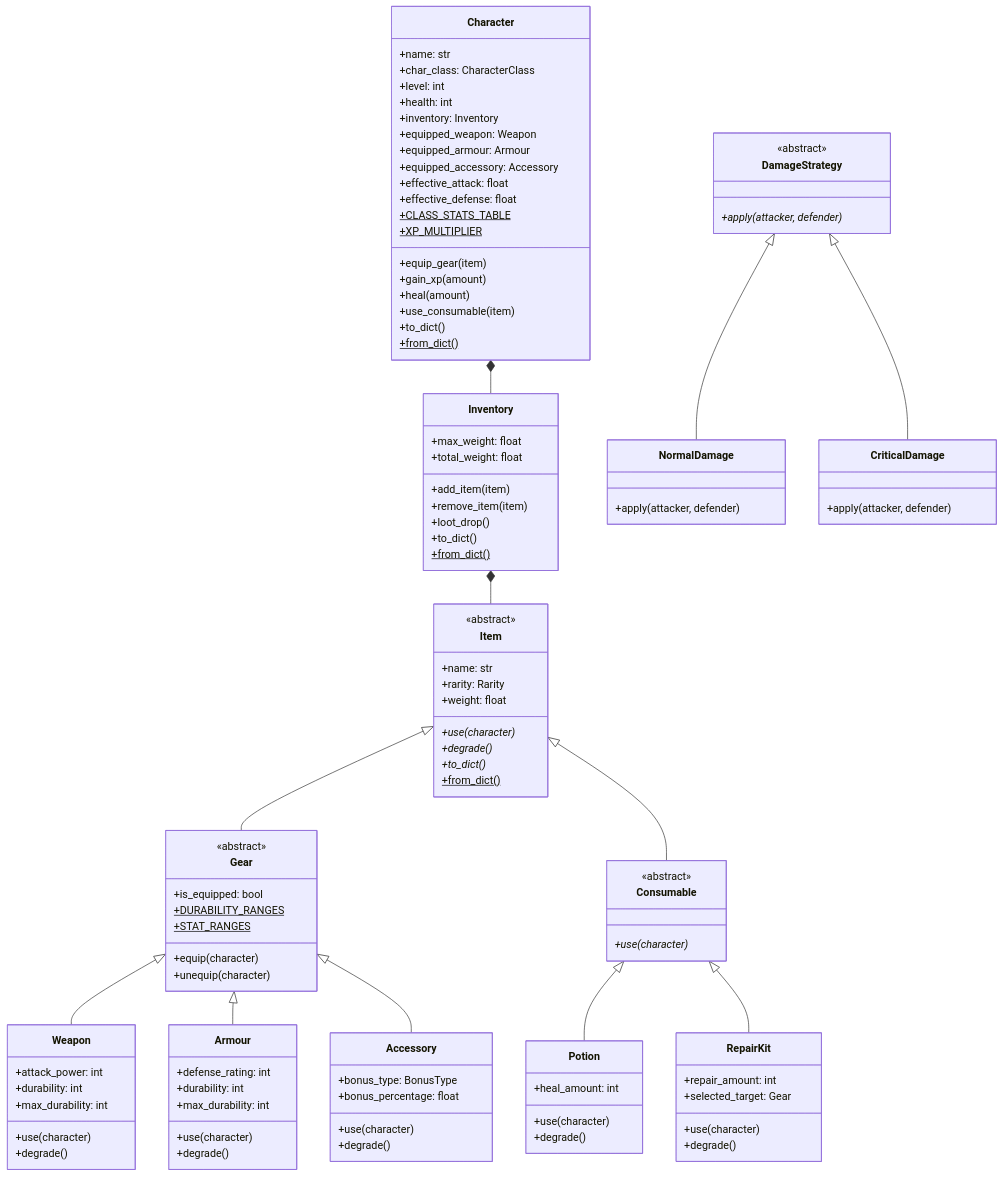
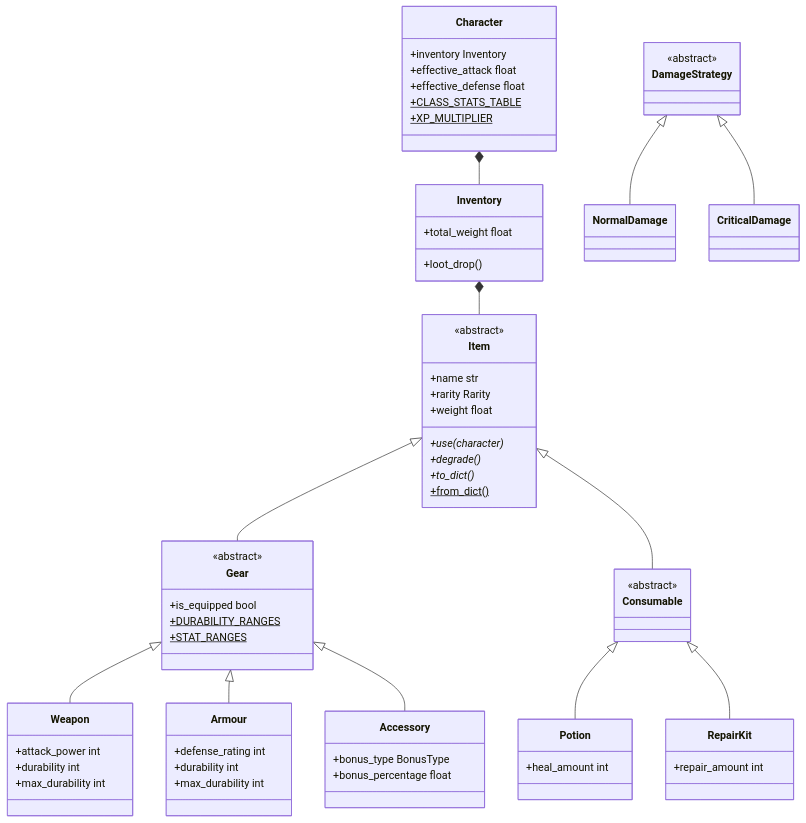
The second of 3 diagrams in README.md (Rohitchandramouli/ironvault), drawn with Mermaid before and after one commit. The commit also changed other lines of this file and 4 other files, not shown here.

```diff
--- a/README.md
+++ b/README.md
@@ -67,108 +80,53 @@
 classDiagram
     class Item {
         <<abstract>>
-        +name: str
-        +rarity: Rarity
-        +weight: float
+        +name str
+        +rarity Rarity
+        +weight float
         +use(character)*
         +degrade()*
         +to_dict()*
         +from_dict()$
     }
-
     class Gear {
         <<abstract>>
-        +is_equipped: bool
-        +equip(character)
-        +unequip(character)
+        +is_equipped bool
         +DURABILITY_RANGES$
         +STAT_RANGES$
     }
-
     class Weapon {
-        +attack_power: int
-        +durability: int
-        +max_durability: int
-        +use(character)
-        +degrade()
+        +attack_power int
+        +durability int
+        +max_durability int
     }
-
     class Armour {
-        +defense_rating: int
-        +durability: int
-        +max_durability: int
-        +use(character)
-        +degrade()
+        +defense_rating int
+        +durability int
+        +max_durability int
     }
-
     class Accessory {
-        +bonus_type: BonusType
-        +bonus_percentage: float
-        +use(character)
-        +degrade()
+        +bonus_type BonusType
+        +bonus_percentage float
     }
-
     class Consumable {
         <<abstract>>
-        +use(character)*
     }
-
-    class Potion {
-        +heal_amount: int
-        +use(character)
-        +degrade()
-    }
-
-    class RepairKit {
-        +repair_amount: int
-        +selected_target: Gear
-        +use(character)
-        +degrade()
-    }
-
+    class Potion { +heal_amount int }
+    class RepairKit { +repair_amount int }
     class Character {
-        +name: str
-        +char_class: CharacterClass
-        +level: int
-        +health: int
-        +inventory: Inventory
-        +equipped_weapon: Weapon
-        +equipped_armour: Armour
-        +equipped_accessory: Accessory
-        +effective_attack: float
-        +effective_defense: float
-        +equip_gear(item)
-        +gain_xp(amount)
-        +heal(amount)
-        +use_consumable(item)
-        +to_dict()
-        +from_dict()$
+        +inventory Inventory
+        +effective_attack float
+        +effective_defense float
         +CLASS_STATS_TABLE$
         +XP_MULTIPLIER$
     }
-
     class Inventory {
-        +max_weight: float
-        +total_weight: float
-        +add_item(item)
-        +remove_item(item)
+        +total_weight float
         +loot_drop()
-        +to_dict()
-        +from_dict()$
     }
-
-    class DamageStrategy {
-        <<abstract>>
-        +apply(attacker, defender)*
-    }
-
-    class NormalDamage {
-        +apply(attacker, defender)
-    }
-
-    class CriticalDamage {
-        +apply(attacker, defender)
-    }
+    class DamageStrategy { <<abstract>> }
+    class NormalDamage
+    class CriticalDamage
 
     Item <|-- Gear
     Item <|-- Consumable
```
